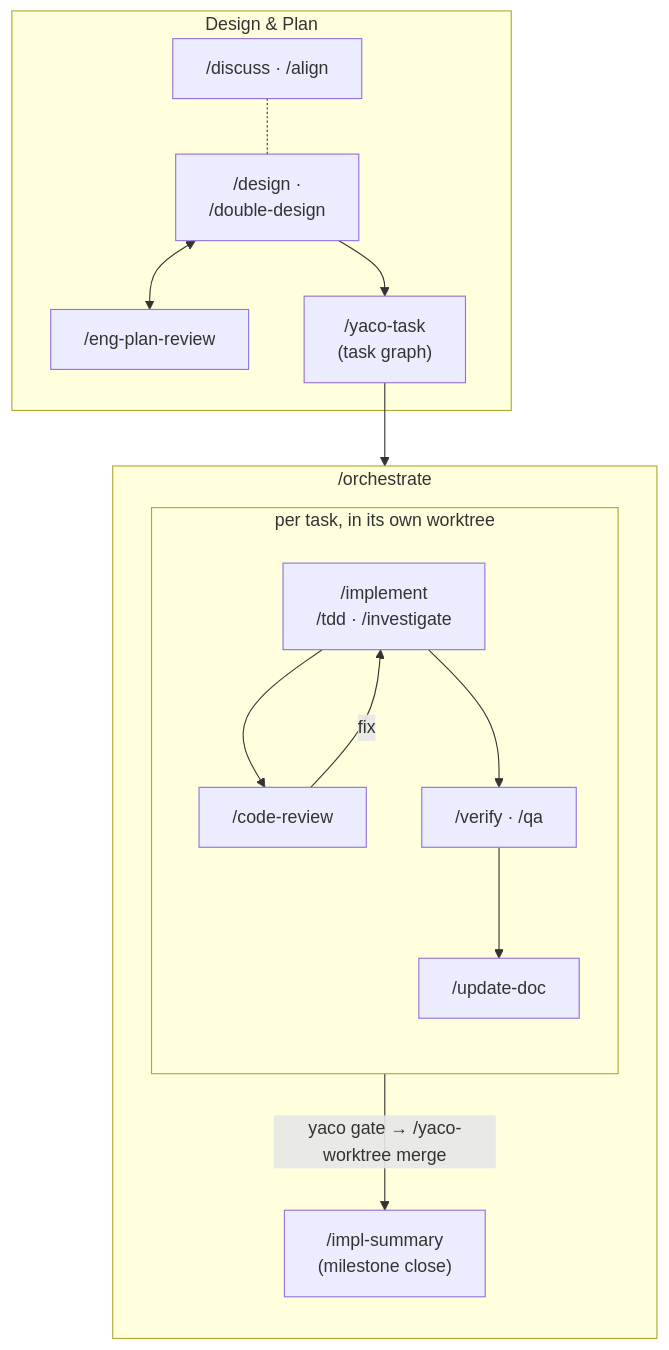
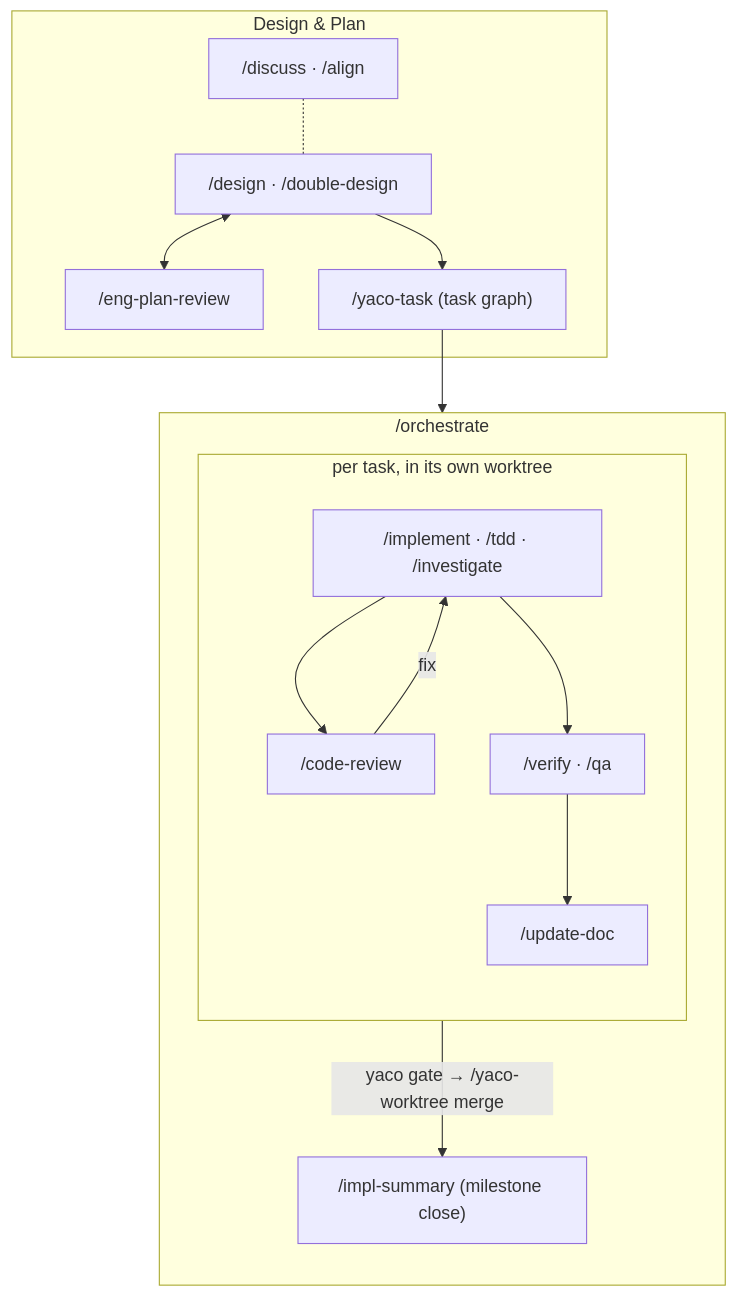
Before and after one commit to imoonkey/yaco: the diagram in README.md, drawn with Mermaid.

Commit message:
docs(readme): drop <br> in chart labels (GitHub mermaid renders them unreliably)

````diff
--- a/README.md
+++ b/README.md
@@ -115,20 +115,20 @@
 ```mermaid
 flowchart TB
     subgraph DE ["Design & Plan"]
-        D["/design ·<br>/double-design"] <--> EPR["/eng-plan-review"]
+        D["/design · /double-design"] <--> EPR["/eng-plan-review"]
         DIS["/discuss · /align"] -.- D
-        D --> TG["/yaco-task<br>(task graph)"]
+        D --> TG["/yaco-task (task graph)"]
     end
     subgraph OR ["/orchestrate"]
         direction TB
         subgraph BU ["per task, in its own worktree"]
             direction TB
-            I["/implement<br>/tdd · /investigate"] --> CR["/code-review"]
+            I["/implement · /tdd · /investigate"] --> CR["/code-review"]
             CR -->|fix| I
             I --> V["/verify · /qa"]
             V --> U["/update-doc"]
         end
-        BU -->|"yaco gate → /yaco-worktree merge"| IS["/impl-summary<br>(milestone close)"]
+        BU -->|"yaco gate → /yaco-worktree merge"| IS["/impl-summary (milestone close)"]
     end
     TG --> OR
 ```
````
